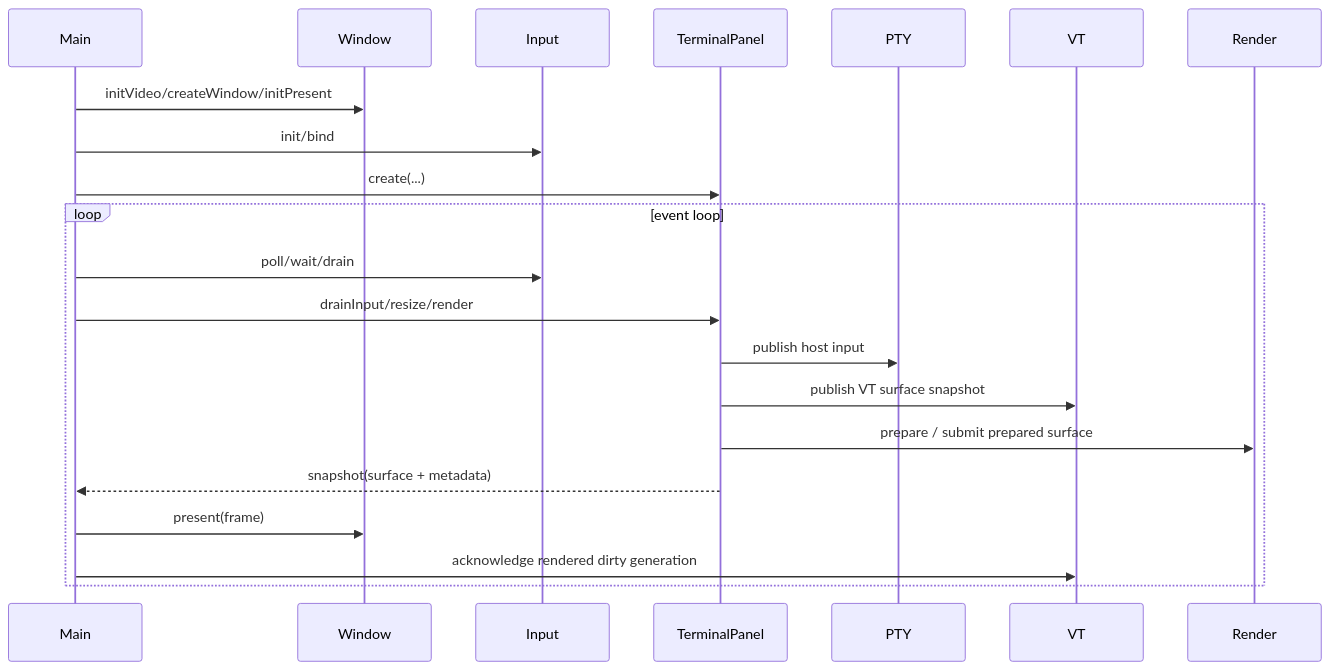
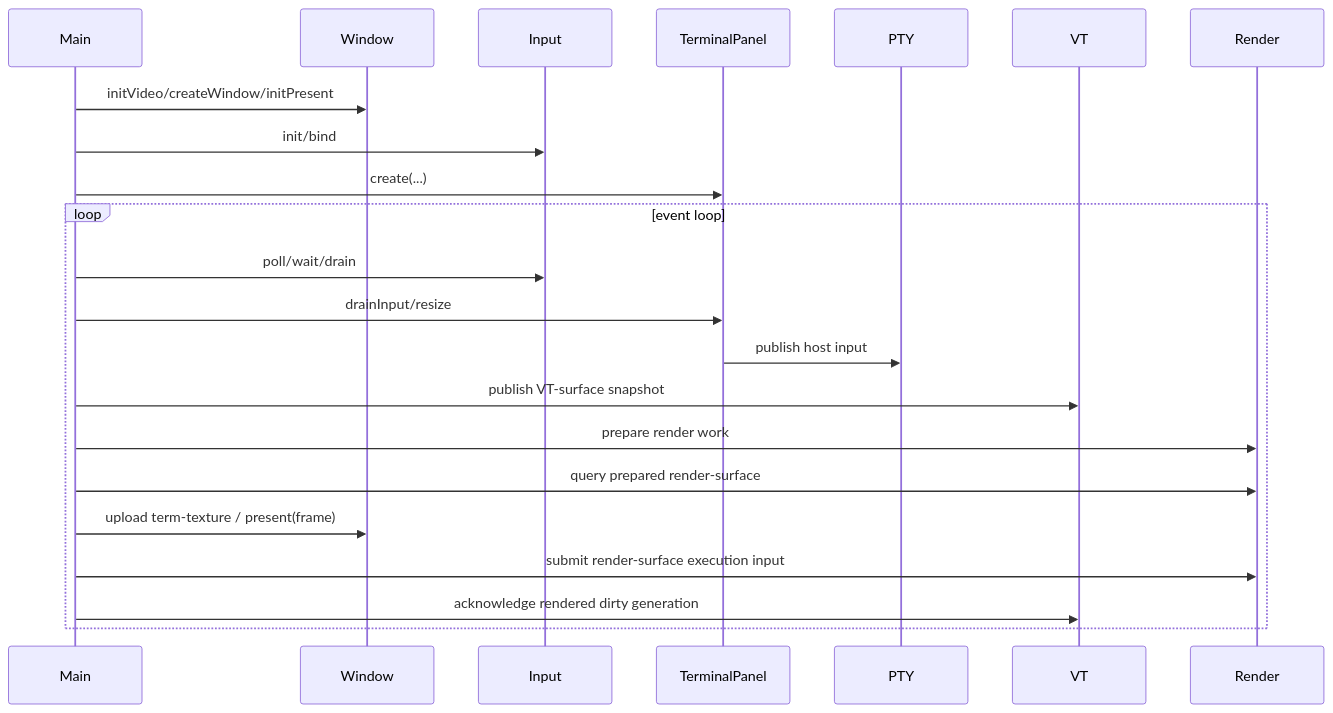
One commit to LaurenceGuws/howl-linux-host changed the third of 3 diagrams in design.md. Above: the diagram before and after it, drawn with Mermaid. The commit also changed other lines of this file and 16 other files, not shown here.

Commit message:
host: move term texture ownership to main

````diff
--- a/design.md
+++ b/design.md
@@ -68,24 +68,25 @@
 ```mermaid
 sequenceDiagram
     participant Main
     participant W as Window
     participant I as Input
     participant T as TerminalPanel
     participant P as PTY
     participant V as VT
     participant R as Render
 
     Main->>W: initVideo/createWindow/initPresent
     Main->>I: init/bind
     Main->>T: create(...)
     loop event loop
         Main->>I: poll/wait/drain
-        Main->>T: drainInput/resize/render
+        Main->>T: drainInput/resize
         T->>P: publish host input
-        T->>V: publish VT surface snapshot
-        T->>R: prepare / submit prepared surface
-        T-->>Main: snapshot(surface + metadata)
-        Main->>W: present(frame)
+        Main->>V: publish VT-surface snapshot
+        Main->>R: prepare render work
+        Main->>R: query prepared render-surface
+        Main->>W: upload term-texture / present(frame)
+        Main->>R: submit render-surface execution input
         Main->>V: acknowledge rendered dirty generation
     end
 ```
````
